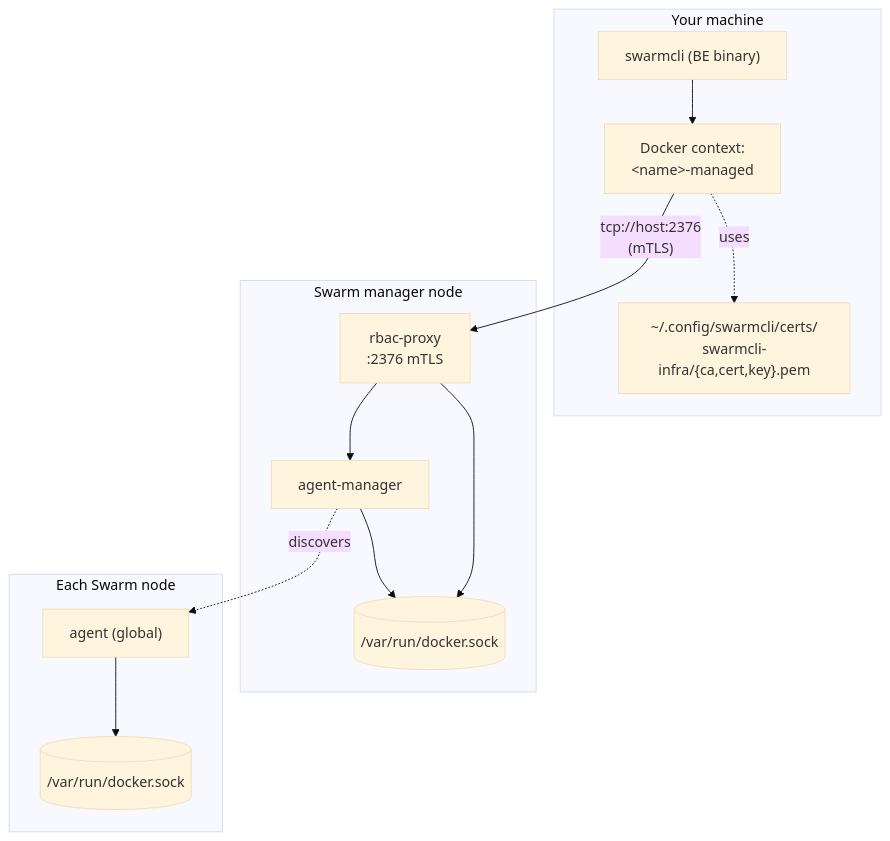
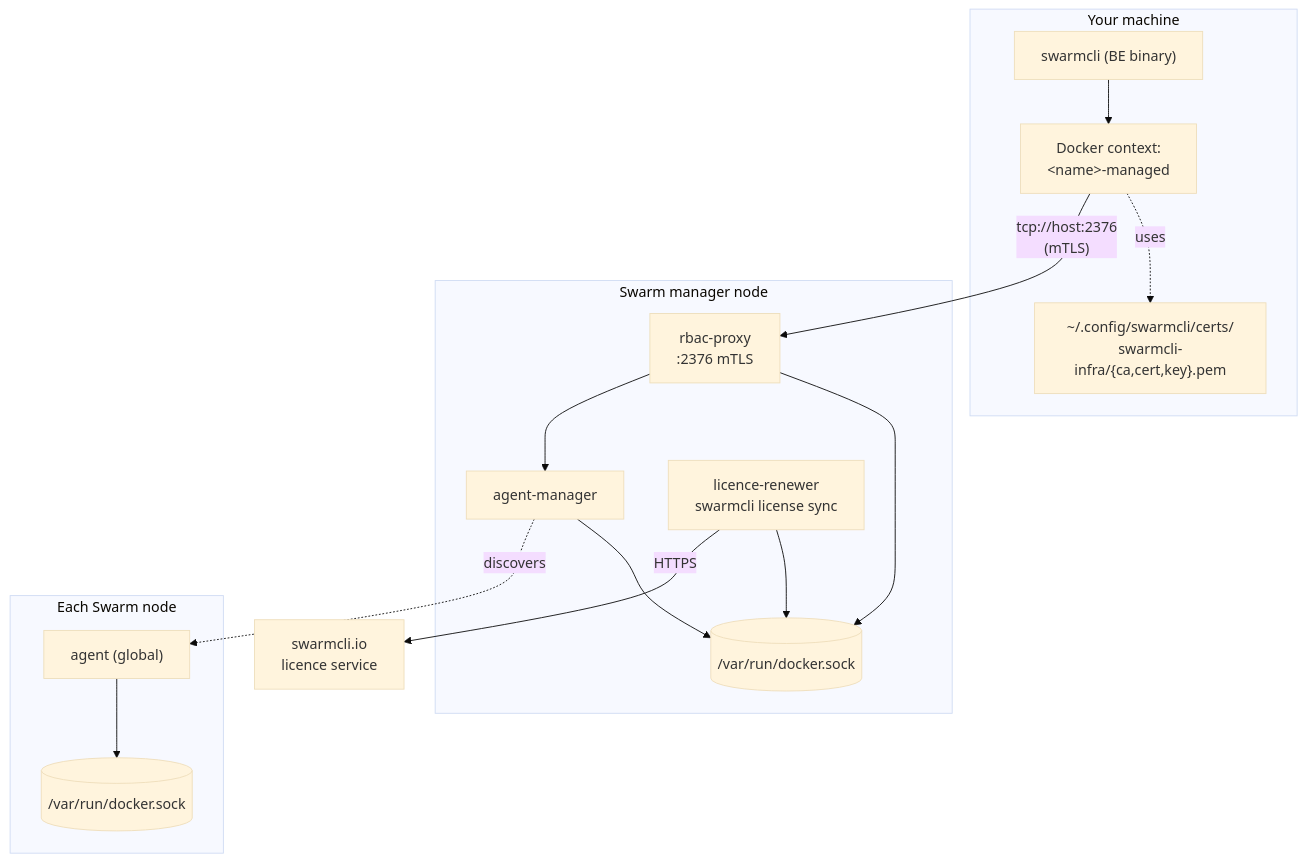
Before and after one commit to mosonyi/swarmcli: the diagram in docs/bootstrap.md, drawn with Mermaid (base theme). The commit also changed other lines of this file and 9 other files, not shown here.

````diff
--- a/docs/bootstrap.md
+++ b/docs/bootstrap.md
@@ -21,28 +21,32 @@
 ```mermaid
 flowchart TB
   subgraph host["Your machine"]
     cli["swarmcli (BE binary)"]
     ctx["Docker context:<br/>&lt;name&gt;-managed"]
     certs["~/.config/swarmcli/certs/<br/>swarmcli-infra/{ca,cert,key}.pem"]
     cli --> ctx
     ctx -. uses .-> certs
   end
 
   subgraph mgr["Swarm manager node"]
     proxy["rbac-proxy<br/>:2376 mTLS"]
     am["agent-manager"]
+    ren["licence-renewer<br/>swarmcli license sync"]
     sock1[("/var/run/docker.sock")]
     proxy --> sock1
     am --> sock1
+    ren --> sock1
   end
+
+  ren -- "HTTPS" --> svc["swarmcli.io<br/>licence service"]
 
   subgraph node["Each Swarm node"]
     ag["agent (global)"]
     sock2[("/var/run/docker.sock")]
     ag --> sock2
   end
 
   ctx -- "tcp://host:2376<br/>(mTLS)" --> proxy
   proxy --> am
   am -. "discovers" .-> ag
 ```
````
